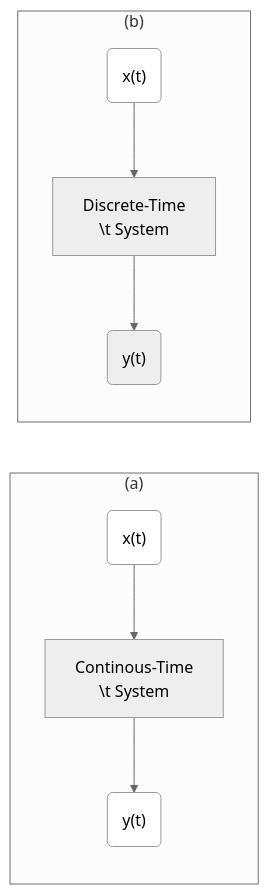
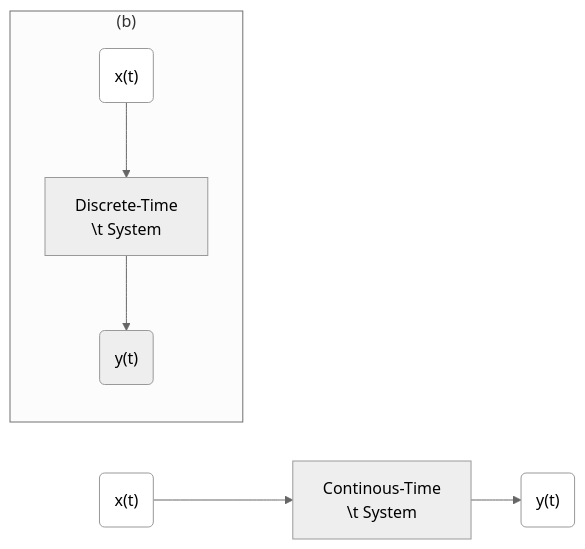
The first of 2 diagrams in signal-processing/kutz/README.md (setrar/dsp), drawn with Mermaid (neutral theme) before and after one commit. The commit also changed other lines of this file, not shown here.

````diff
--- a/signal-processing/kutz/README.md
+++ b/signal-processing/kutz/README.md
@@ -50,13 +50,11 @@
 ```mermaid
 %%{init: {"flowchart": {"htmlLabels": false}} }%%
 flowchart LR
-subgraph "(a)"
     a("x(t)"):::someclass -->b[Continous-Time \n\t System]
     b-->d("y(t)"):::someclass
     classDef someclass fill:#fff
-end
 subgraph "(b)"
     e("x(t)"):::someclass -->f[Discrete-Time \n\t System]
     f-->g("y(t)")
 end
 ```
````
